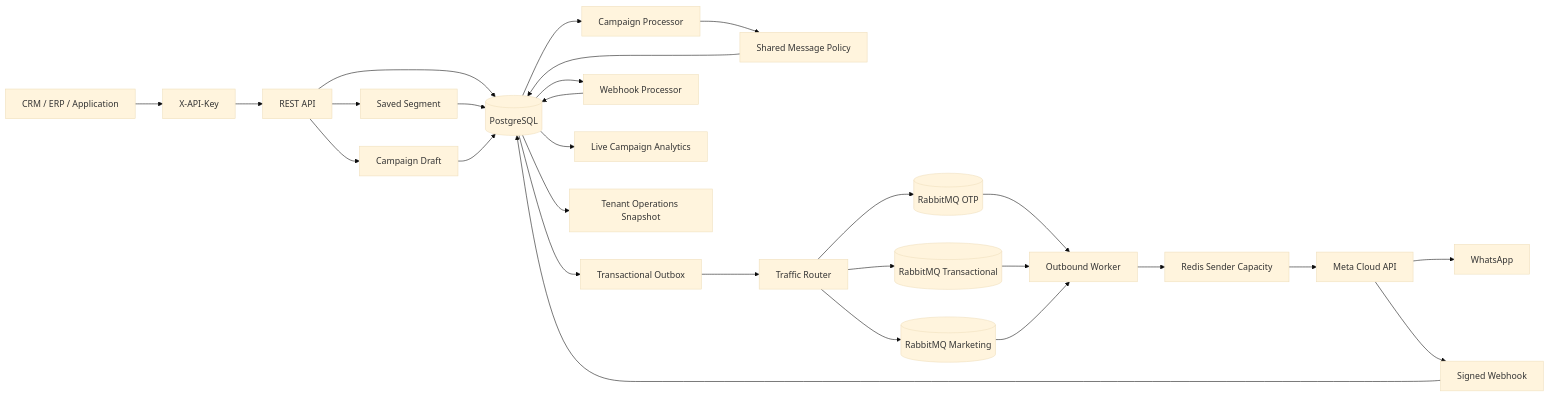
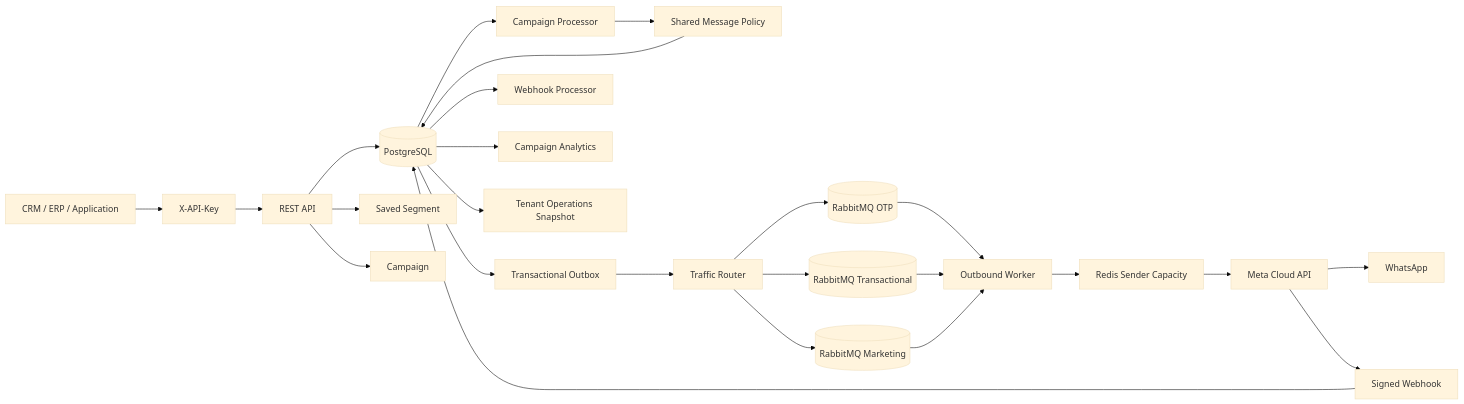
Before and after one commit to netctc/apiWhatsApp: the diagram in README.md, drawn with Mermaid (base theme). The commit also changed other lines of this file, not shown here.

````diff
--- a/README.md
+++ b/README.md
@@ -37,30 +40,27 @@
 ```mermaid
 flowchart LR
     Client[CRM / ERP / Application] --> Auth[X-API-Key]
     Auth --> API[REST API]
     API --> DB[(PostgreSQL)]
     API --> Segment[Saved Segment]
-    Segment --> DB
-    API --> Campaign[Campaign Draft]
-    Campaign --> DB
+    API --> Campaign[Campaign]
     DB --> CampaignProcessor[Campaign Processor]
     CampaignProcessor --> Policy[Shared Message Policy]
     Policy --> DB
     DB --> Outbox[Transactional Outbox]
     Outbox --> Router[Traffic Router]
     Router --> OTP[(RabbitMQ OTP)]
     Router --> TX[(RabbitMQ Transactional)]
     Router --> MKT[(RabbitMQ Marketing)]
     OTP --> Worker[Outbound Worker]
     TX --> Worker
     MKT --> Worker
     Worker --> Rate[Redis Sender Capacity]
     Rate --> Meta[Meta Cloud API]
     Meta --> WhatsApp[WhatsApp]
     Meta --> Webhook[Signed Webhook]
     Webhook --> DB
     DB --> WebhookProcessor[Webhook Processor]
-    WebhookProcessor --> DB
-    DB --> Analytics[Live Campaign Analytics]
+    DB --> Analytics[Campaign Analytics]
     DB --> Operations[Tenant Operations Snapshot]
 ```
````
